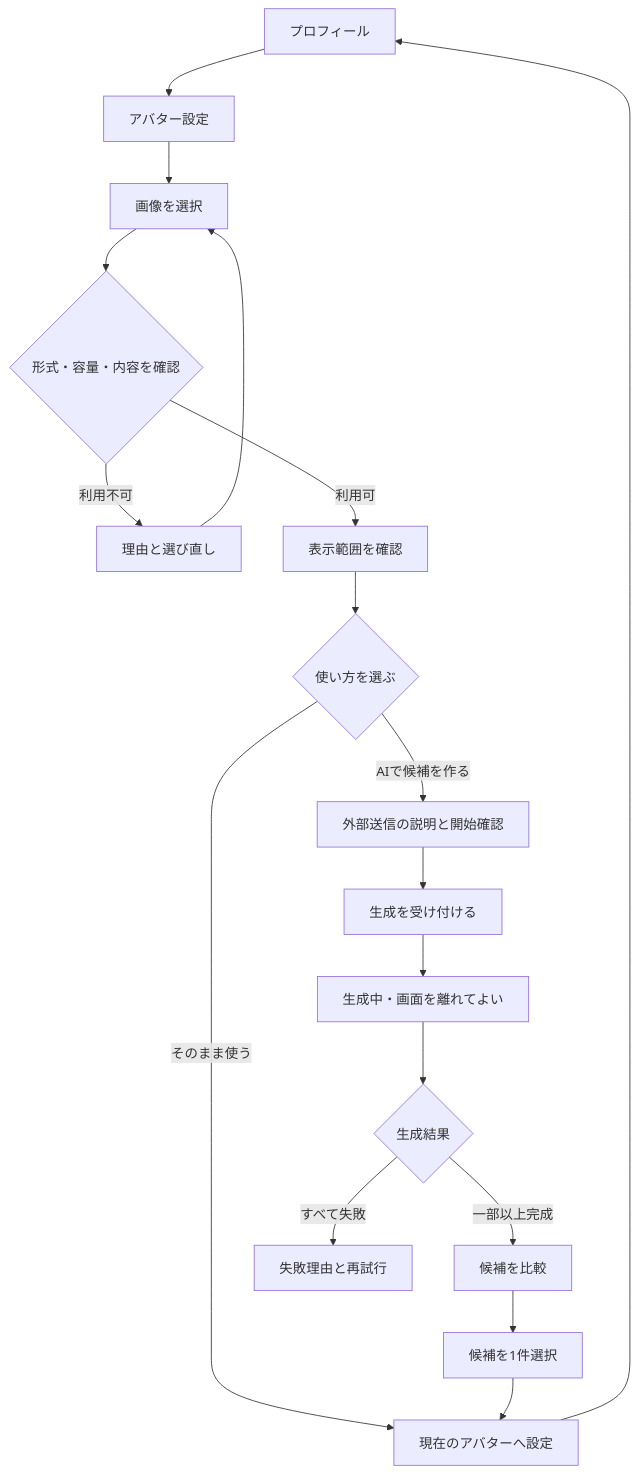
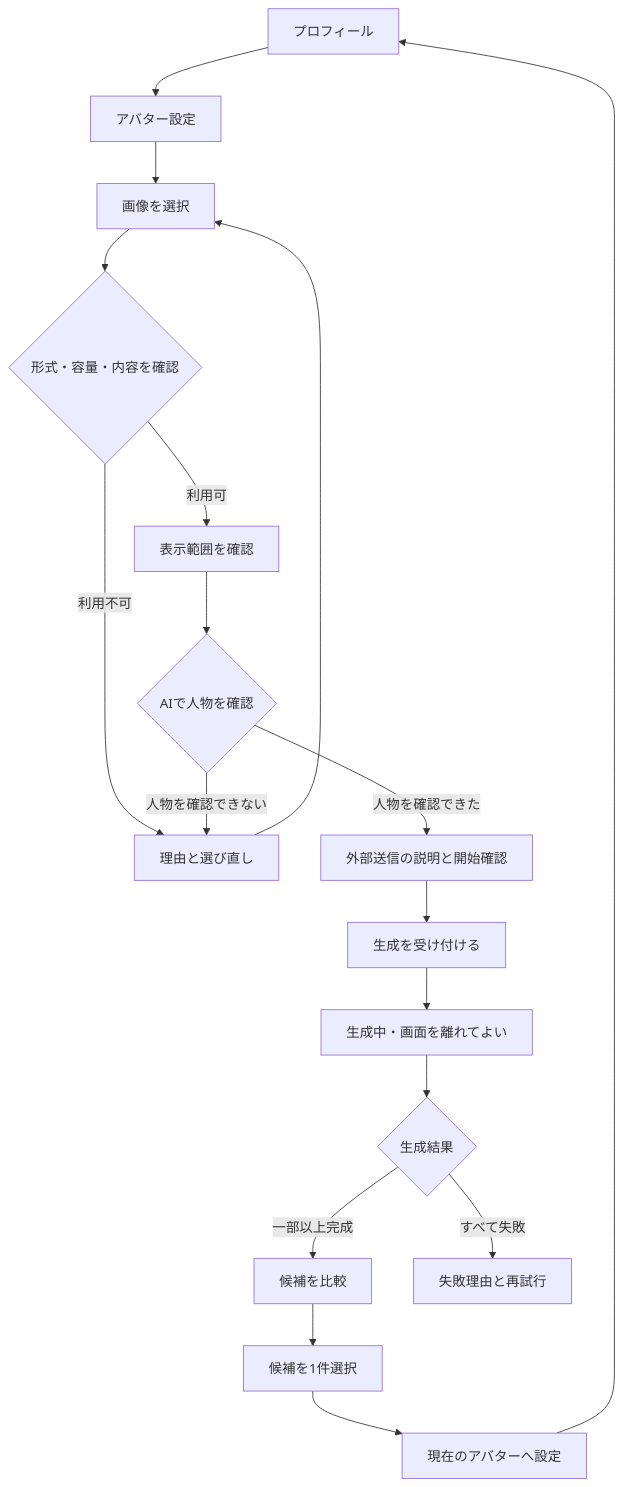
Before and after one commit to kkyosuke/me-builder: the first of 4 diagrams in docs/product/avatar-experience.md, drawn with Mermaid. The commit also changed other lines of this file and 15 other files, not shown here.

````diff
--- a/docs/product/avatar-experience.md
+++ b/docs/product/avatar-experience.md
@@ -106,20 +112,20 @@
 ```mermaid
 flowchart TD
     P[プロフィール] --> S[アバター設定]
     S --> U[画像を選択]
     U --> V{形式・容量・内容を確認}
     V -->|利用不可| UE[理由と選び直し]
     UE --> U
     V -->|利用可| C[表示範囲を確認]
-    C --> D{使い方を選ぶ}
-    D -->|そのまま使う| A[現在のアバターへ設定]
-    D -->|AIで候補を作る| X[外部送信の説明と開始確認]
+    C --> D{AIで人物を確認}
+    D -->|人物を確認できない| UE
+    D -->|人物を確認できた| X[外部送信の説明と開始確認]
     X --> J[生成を受け付ける]
     J --> W[生成中・画面を離れてよい]
     W --> R{生成結果}
     R -->|一部以上完成| G[候補を比較]
     R -->|すべて失敗| F[失敗理由と再試行]
     G --> E[候補を1件選択]
-    E --> A
+    E --> A[現在のアバターへ設定]
     A --> P
 ```
````
